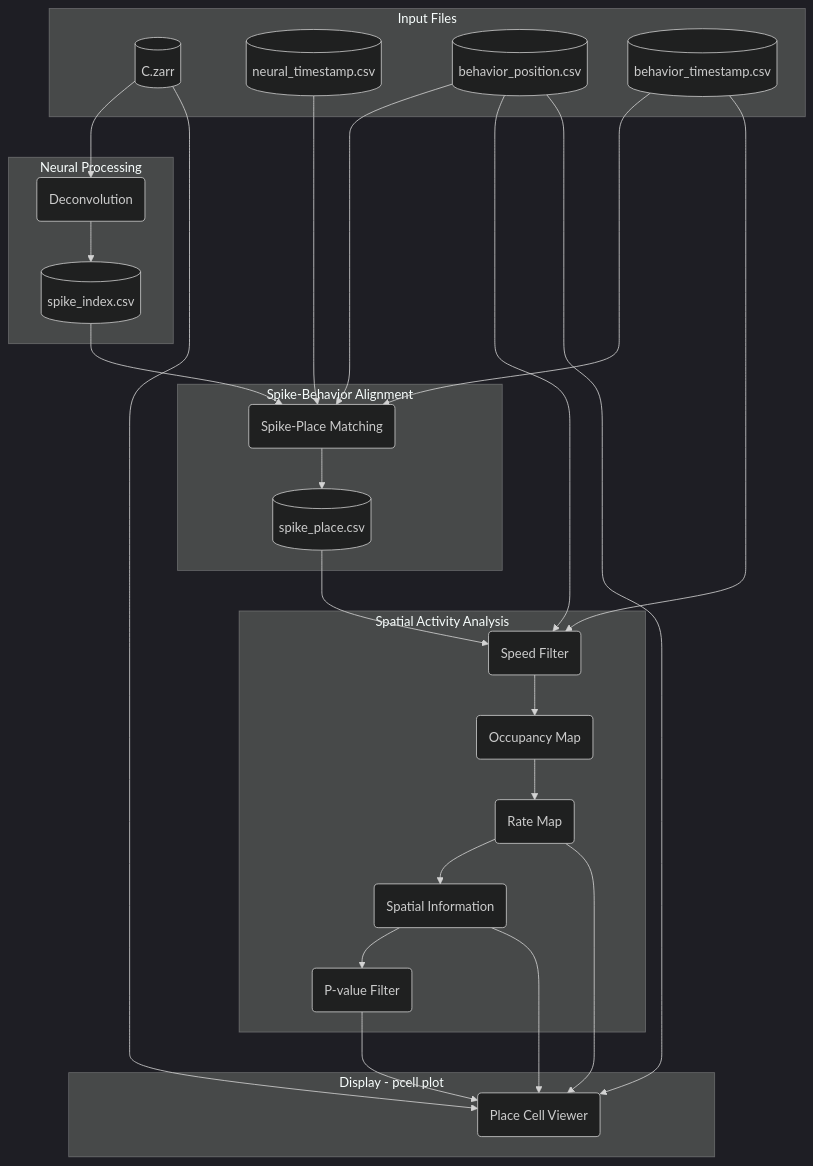
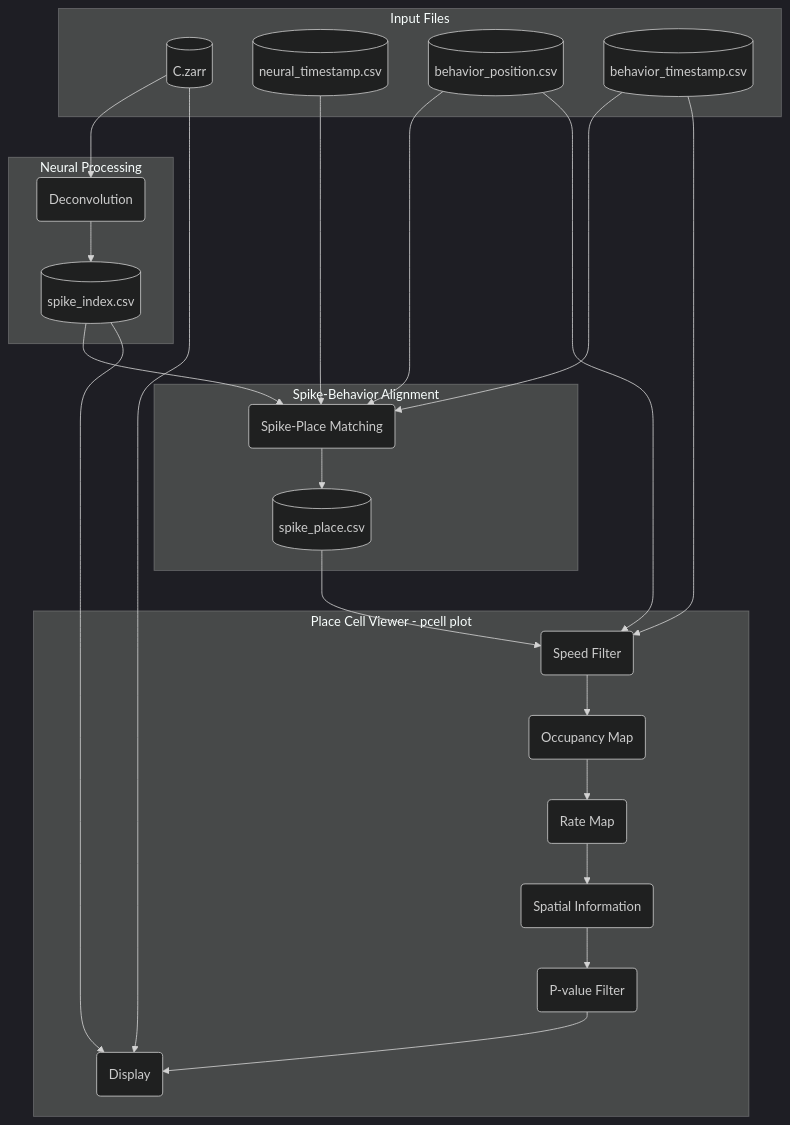
Before and after one commit to miniscope/placecell: the diagram in docs/visualization_workflow.md, drawn with Mermaid (dark theme). The commit also changed other lines of this file and 5 other files, not shown here.

````diff
--- a/docs/visualization_workflow.md
+++ b/docs/visualization_workflow.md
@@ -7,40 +15,35 @@
 ```mermaid
 flowchart TD
     subgraph Input Files
         A[(C.zarr)]
         B[(neural_timestamp.csv)]
         C[(behavior_position.csv)]
         D[(behavior_timestamp.csv)]
     end
 
     subgraph Neural Processing
         A --> E(Deconvolution)
         E --> F[(spike_index.csv)]
     end
 
     subgraph Spike-Behavior Alignment
         F --> G(Spike-Place Matching)
         B --> G
         C --> G
         D --> G
         G --> H[(spike_place.csv)]
     end
 
-    subgraph Spatial Activity Analysis
+    subgraph Place Cell Viewer - pcell plot
         H --> I(Speed Filter)
         C --> I
         D --> I
         I --> J(Occupancy Map)
         J --> K(Rate Map)
         K --> L(Spatial Information)
         L --> N(P-value Filter)
-    end
-
-    subgraph Display - pcell plot
-        N --> M(Place Cell Viewer)
+        N --> M(Display)
         A --> M
-        C --> M
-        K --> M
-        L --> M
+        F --> M
     end
 ```
````
